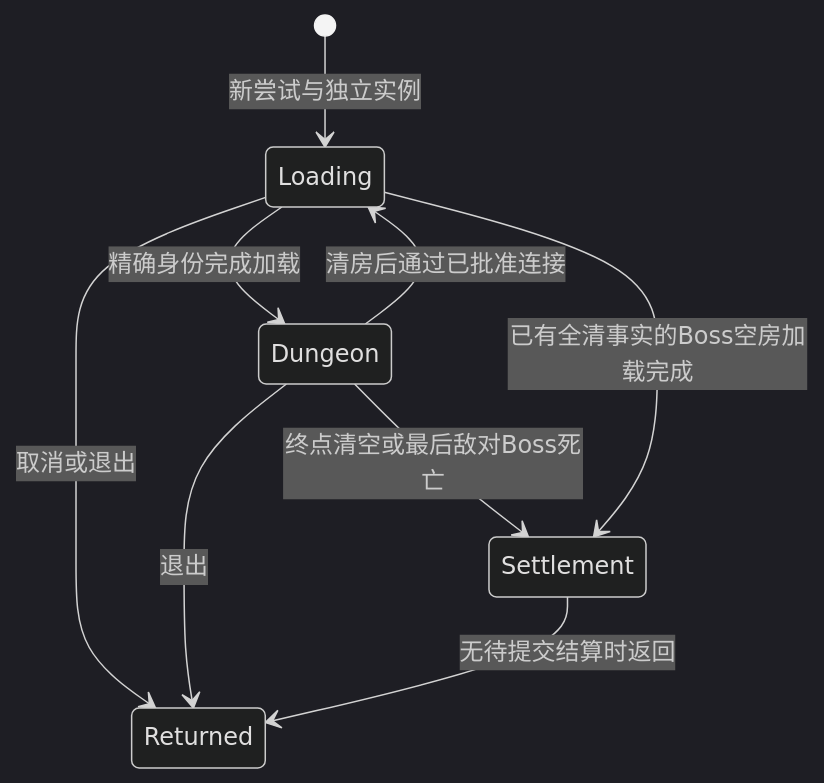
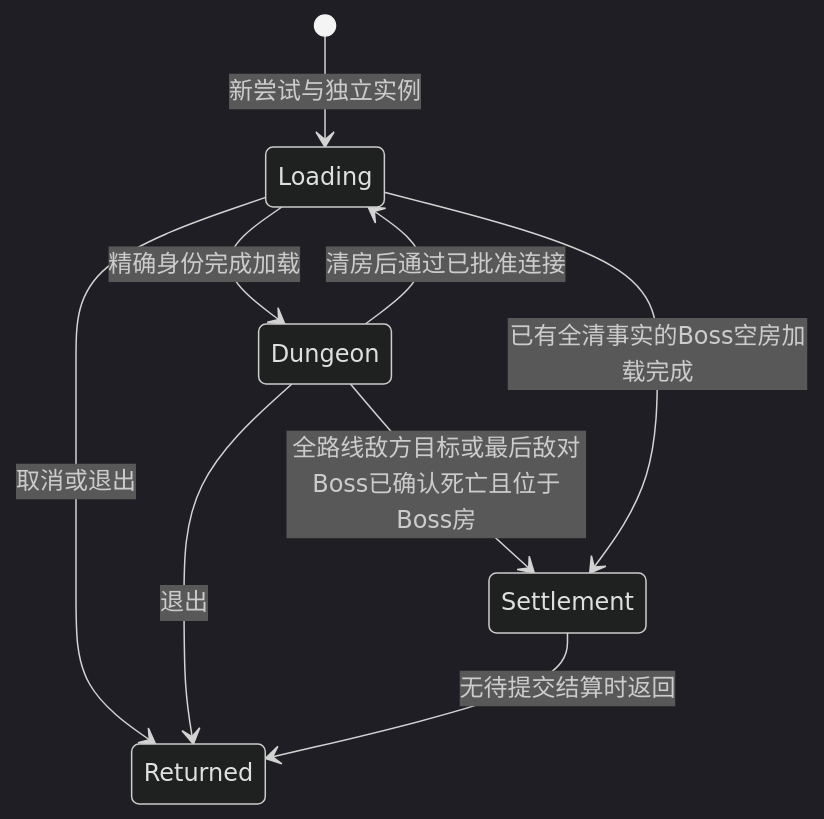
Before and after one commit to wangpan0504/servers5a9-WFG: the diagram in Docs/模块/单人副本实例.md, drawn with Mermaid (dark theme). The commit also changed other lines of this file and 67 other files, not shown here.

````diff
--- a/Docs/模块/单人副本实例.md
+++ b/Docs/模块/单人副本实例.md
@@ -11,11 +11,11 @@
 ```mermaid
 stateDiagram-v2
     [*] --> Loading: 新尝试与独立实例
     Loading --> Dungeon: 精确身份完成加载
     Dungeon --> Loading: 清房后通过已批准连接
-    Dungeon --> Settlement: 终点清空或最后敌对Boss死亡
+    Dungeon --> Settlement: 全路线敌方目标或最后敌对Boss已确认死亡且位于Boss房
     Loading --> Settlement: 已有全清事实的Boss空房加载完成
     Loading --> Returned: 取消或退出
     Dungeon --> Returned: 退出
     Settlement --> Returned: 无待提交结算时返回
 ```
````
